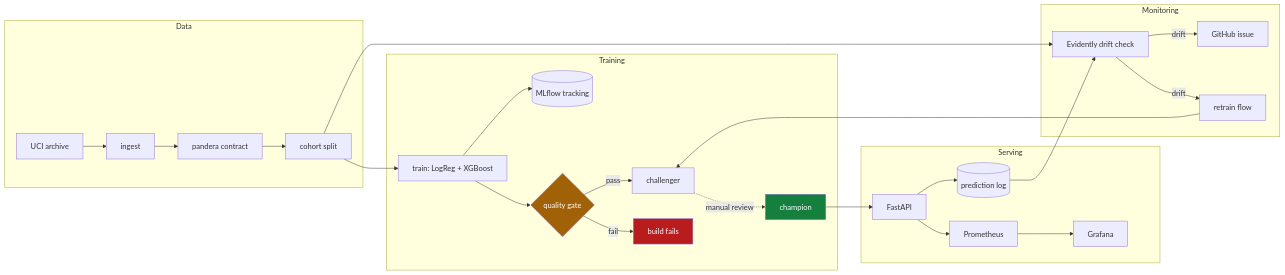
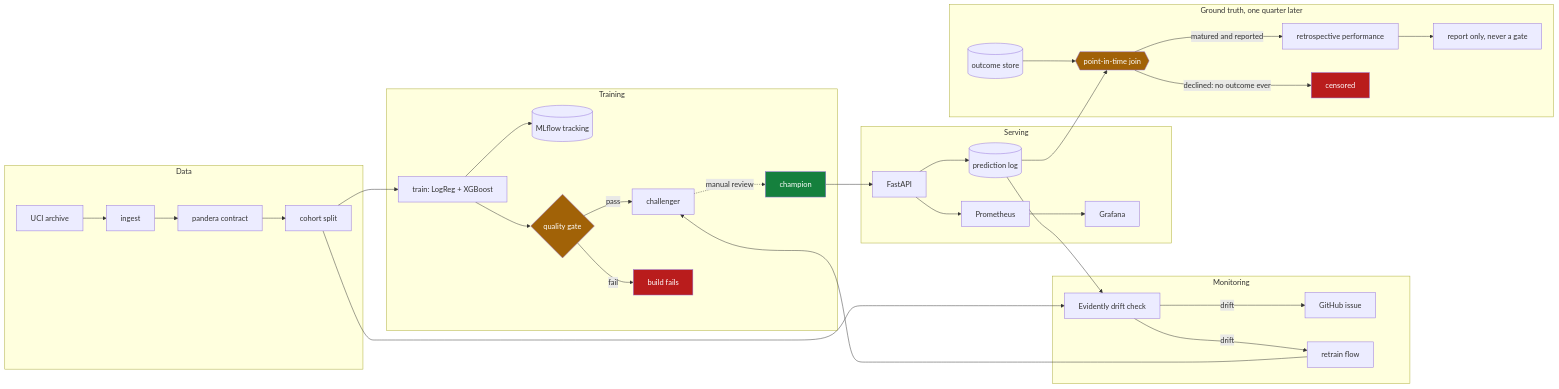
Before and after one commit to ravisinghrajput95/mlops-credit-default: the diagram in README.md, drawn with Mermaid. The commit also changed other lines of this file and 15 other files, not shown here.

````diff
--- a/README.md
+++ b/README.md
@@ -76,36 +78,46 @@
 ```mermaid
 flowchart LR
     subgraph Data
         UCI[UCI archive] --> ING[ingest]
         ING --> VAL[pandera contract]
         VAL --> SPL[cohort split]
     end
 
     subgraph Training
         SPL --> TR[train: LogReg + XGBoost]
         TR --> MLF[(MLflow tracking)]
         TR --> GATE{quality gate}
         GATE -->|pass| CHAL[challenger]
         GATE -->|fail| STOP[build fails]
         CHAL -.->|manual review| CHAMP[champion]
     end
 
     subgraph Serving
         CHAMP --> API[FastAPI]
         API --> SINK[(prediction log)]
         API --> PROM[Prometheus]
         PROM --> GRAF[Grafana]
     end
 
     subgraph Monitoring
         SINK --> DRIFT[Evidently drift check]
         SPL --> DRIFT
         DRIFT -->|drift| ISSUE[GitHub issue]
         DRIFT -->|drift| RETRAIN[retrain flow]
         RETRAIN --> CHAL
     end
 
+    subgraph Truth["Ground truth, one quarter later"]
+        SINK --> JOIN{{point-in-time join}}
+        OUT[(outcome store)] --> JOIN
+        JOIN -->|matured and reported| PERF[retrospective performance]
+        JOIN -->|declined: no outcome ever| CENS[censored]
+        PERF --> REPORT[report only, never a gate]
+    end
+
     style STOP fill:#b91c1c,color:#fff
     style CHAMP fill:#15803d,color:#fff
     style GATE fill:#a16207,color:#fff
+    style JOIN fill:#a16207,color:#fff
+    style CENS fill:#b91c1c,color:#fff
 ```
````
